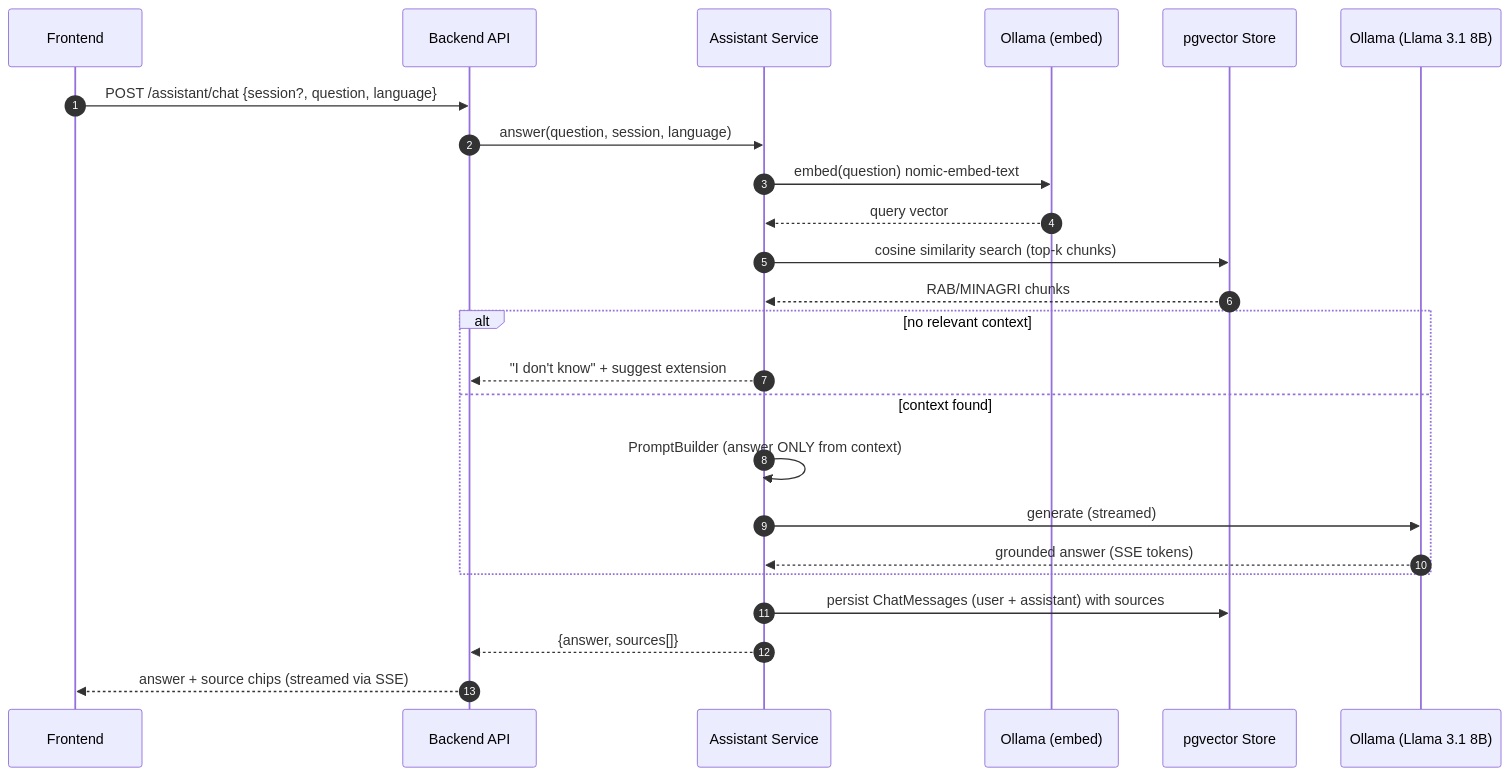
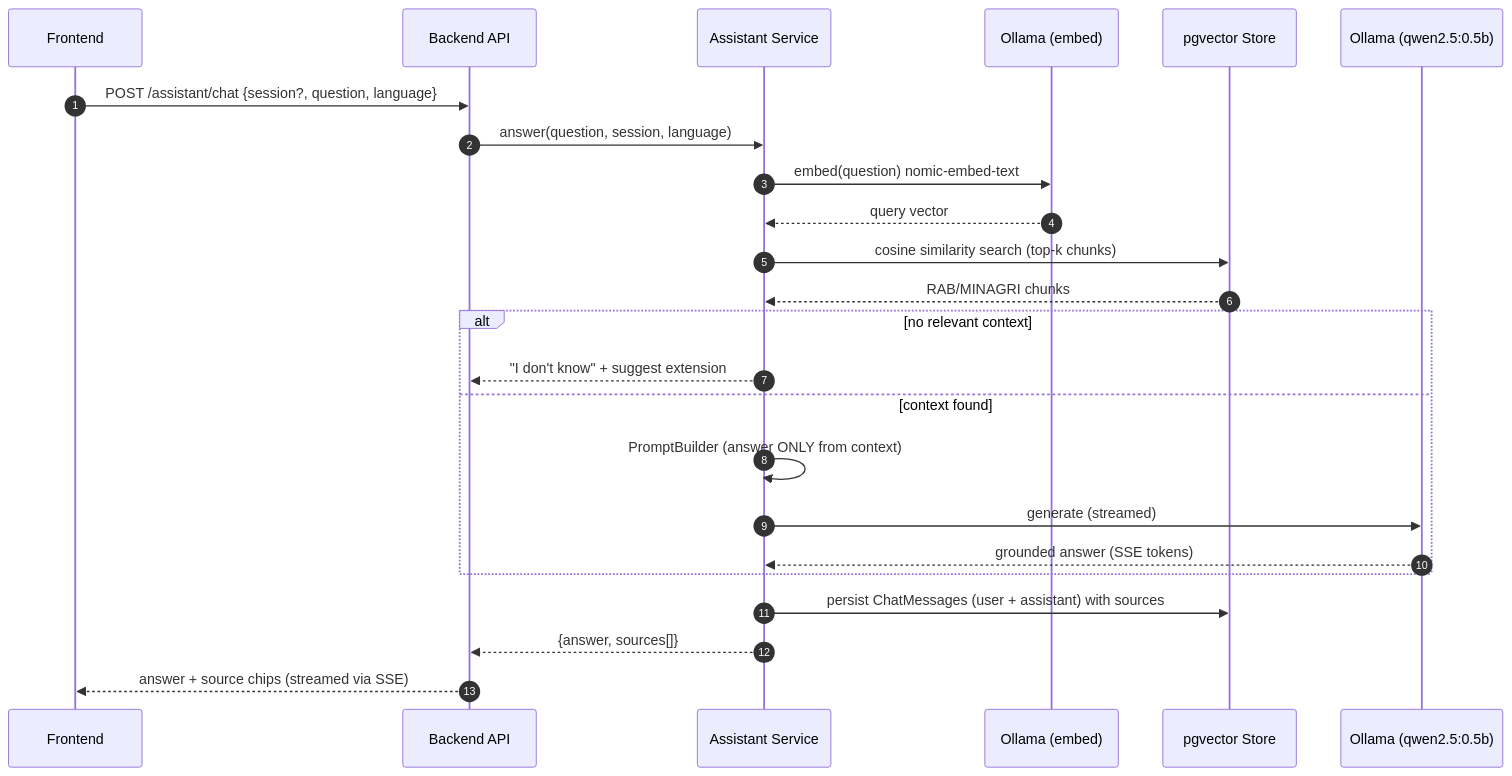
One commit to pac-cee/smartmurima changed the second of 5 diagrams in docs/diagrams/sequence.md. Above: the diagram before and after it, drawn with Mermaid. The commit also changed other lines of this file and 87 other files, not shown here.

````diff
--- a/docs/diagrams/sequence.md
+++ b/docs/diagrams/sequence.md
@@ -35,27 +52,27 @@
 ```mermaid
 sequenceDiagram
     autonumber
     participant FE as Frontend
     participant BE as Backend API
     participant AS as Assistant Service
     participant EMB as Ollama (embed)
     participant DB as pgvector Store
-    participant LLM as Ollama (Llama 3.1 8B)
+    participant LLM as Ollama (qwen2.5:0.5b)
 
     FE->>BE: POST /assistant/chat {session?, question, language}
     BE->>AS: answer(question, session, language)
     AS->>EMB: embed(question) nomic-embed-text
     EMB-->>AS: query vector
     AS->>DB: cosine similarity search (top-k chunks)
     DB-->>AS: RAB/MINAGRI chunks
     alt no relevant context
         AS-->>BE: "I don't know" + suggest extension
     else context found
         AS->>AS: PromptBuilder (answer ONLY from context)
         AS->>LLM: generate (streamed)
         LLM-->>AS: grounded answer (SSE tokens)
     end
     AS->>DB: persist ChatMessages (user + assistant) with sources
     AS-->>BE: {answer, sources[]}
     BE-->>FE: answer + source chips (streamed via SSE)
 ```
````
